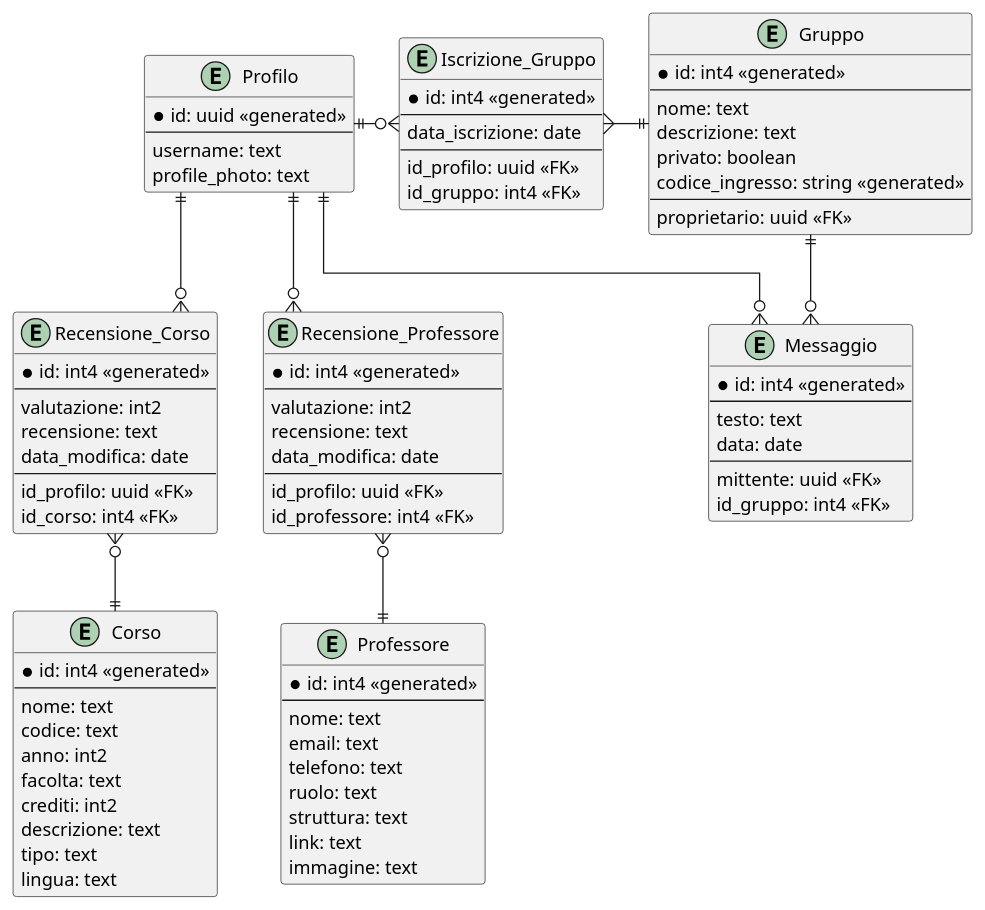
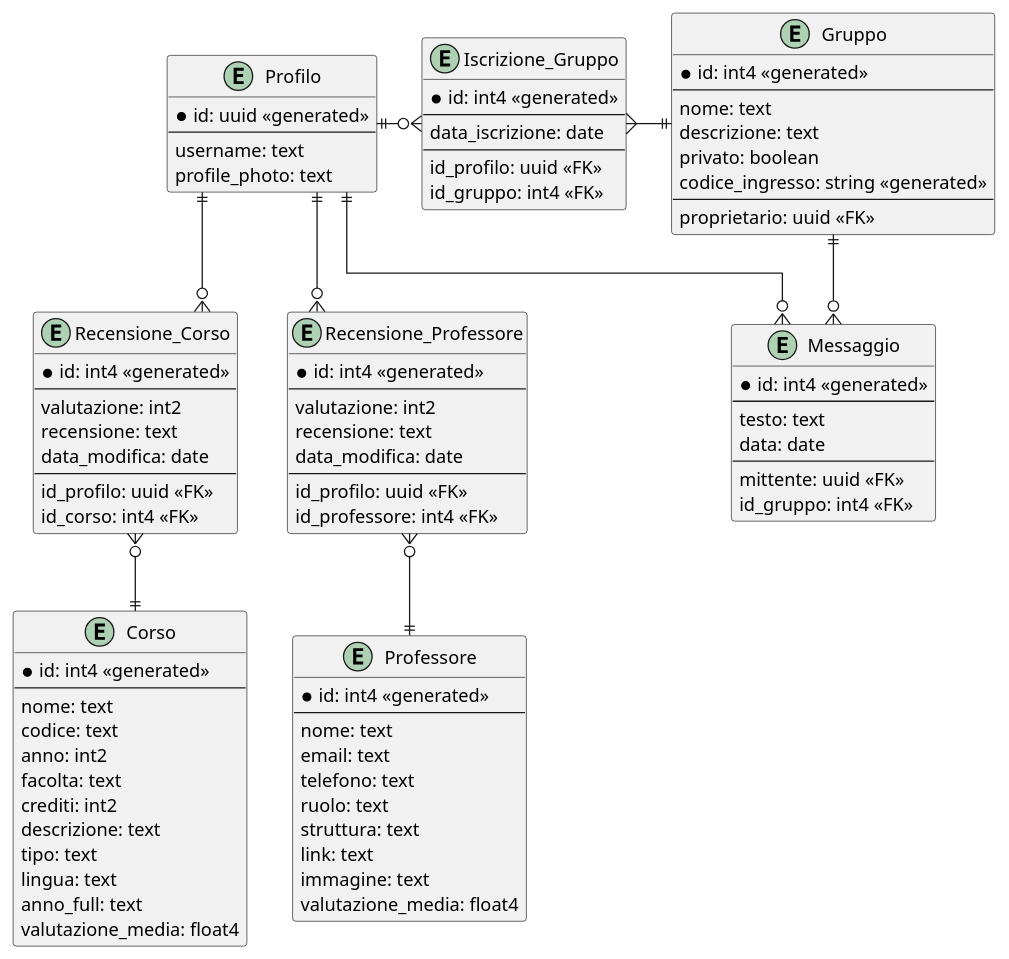
The diagram in Diagrammi/ER/EntityRelationship.puml (AndreaCremonesi4/UniTeam), drawn with PlantUML before and after one commit. The commit also changed 1 other file, not shown here.

Commit message:
Updated Diagrams

```diff
--- a/Diagrammi/ER/EntityRelationship.puml
+++ b/Diagrammi/ER/EntityRelationship.puml
@@ -9,104 +9,107 @@
 @startuml ER_Diagram
 
 skinparam linetype ortho
 
 entity Profilo {
     * id: uuid <<generated>>
     --
     username: text
     profile_photo: text
 }
 
 entity Professore {
     * id: int4 <<generated>>
     --
     nome: text
     email: text
     telefono: text
     ruolo: text
     struttura: text
     link: text
     immagine: text
+    valutazione_media: float4
 }
 
 entity Corso {
     * id: int4 <<generated>>
     --
     nome: text
     codice: text
     anno: int2
     facolta: text
     crediti: int2
     descrizione: text
     tipo: text
     lingua: text
+    anno_full: text
+    valutazione_media: float4
 }
 
 entity Recensione_Corso {
     *id: int4 <<generated>>
     --
     valutazione: int2
     recensione: text
     data_modifica: date
     --
     id_profilo: uuid <<FK>>
     id_corso: int4 <<FK>>
 }
 
 entity Recensione_Professore {
     *id: int4 <<generated>>
     --
     valutazione: int2
     recensione: text
     data_modifica: date
     --
     id_profilo: uuid <<FK>>
     id_professore: int4 <<FK>>
 }
 
 entity Gruppo {
     *id: int4 <<generated>>
     --
     nome: text
     descrizione: text
     privato: boolean
     codice_ingresso: string <<generated>>
     --
     proprietario: uuid <<FK>>
 }
 
 entity Iscrizione_Gruppo {
     *id: int4 <<generated>>
     --
     data_iscrizione: date
     --
     id_profilo: uuid <<FK>>
     id_gruppo: int4 <<FK>>
 }
 
 entity Messaggio {
     *id: int4 <<generated>>
     --
     testo: text
     data: date
     --
     mittente: uuid <<FK>>
     id_gruppo: int4 <<FK>>
 }
 
 
 Profilo ||-d-o{ Recensione_Corso
 Profilo ||-d-o{ Recensione_Professore
 
 Recensione_Corso }o-d-|| Corso
 Recensione_Professore }o-d-|| Professore
 
 Profilo ||-o{ Iscrizione_Gruppo
 Iscrizione_Gruppo }-|| Gruppo
 
 Profilo ||-d-o{ Messaggio
 Messaggio }o-u-|| Gruppo
 Gruppo -[hidden]d- Messaggio
 
 
 @enduml
```
